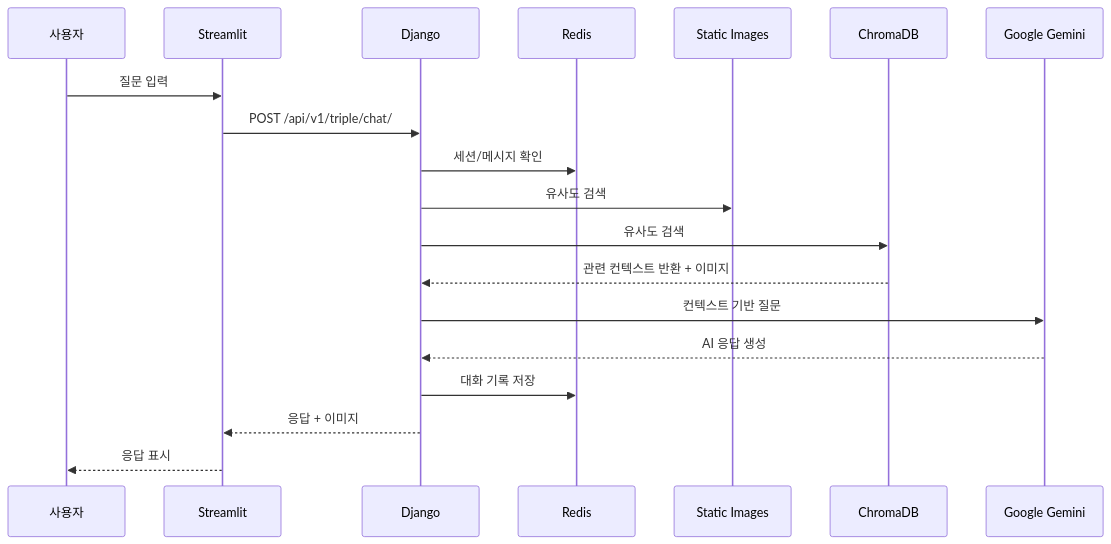
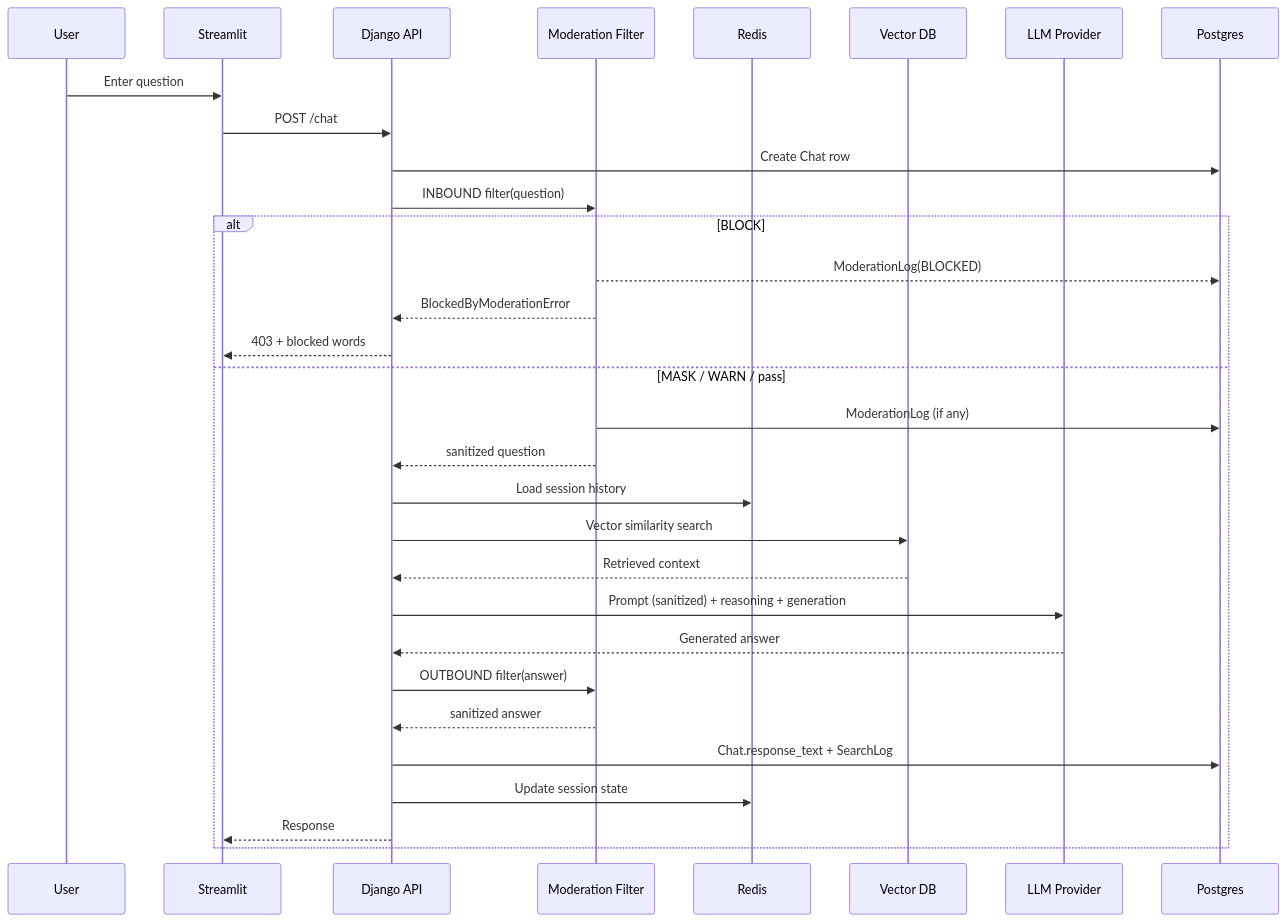
The second of 3 diagrams in Rag_Chat/ArchitectReadme.md (dea980/RAG_Chat), drawn with Mermaid before and after one commit. The commit also changed other lines of this file and 4 other files, not shown here.

````diff
--- a/Rag_Chat/ArchitectReadme.md
+++ b/Rag_Chat/ArchitectReadme.md
@@ -45,22 +49,34 @@
 ```mermaid
 sequenceDiagram
-    participant U as 사용자
+    participant U as User
     participant S as Streamlit
-    participant D as Django
+    participant D as Django API
+    participant Mod as Moderation Filter
     participant R as Redis
-    participant I as Static Images
-    participant C as ChromaDB
-    participant O as Google Gemini
+    participant V as Vector DB
+    participant L as LLM Provider
+    participant DB as Postgres
 
-    U->>S: 질문 입력
-    S->>D: POST /api/v1/triple/chat/
-    D->>R: 세션/메시지 확인
-    D->>I: 유사도 검색
-    D->>C: 유사도 검색
-    C-->>D: 관련 컨텍스트 반환 + 이미지
-    D->>O: 컨텍스트 기반 질문
-    O-->>D: AI 응답 생성
-    D->>R: 대화 기록 저장
-    D-->>S: 응답 + 이미지 
-    S-->>U: 응답 표시
+    U->>S: Enter question
+    S->>D: POST /chat
+    D->>DB: Create Chat row
+    D->>Mod: INBOUND filter(question)
+    alt BLOCK
+        Mod-->>DB: ModerationLog(BLOCKED)
+        Mod-->>D: BlockedByModerationError
+        D-->>S: 403 + blocked words
+    else MASK / WARN / pass
+        Mod->>DB: ModerationLog (if any)
+        Mod-->>D: sanitized question
+        D->>R: Load session history
+        D->>V: Vector similarity search
+        V-->>D: Retrieved context
+        D->>L: Prompt (sanitized) + reasoning + generation
+        L-->>D: Generated answer
+        D->>Mod: OUTBOUND filter(answer)
+        Mod-->>D: sanitized answer
+        D->>DB: Chat.response_text + SearchLog
+        D->>R: Update session state
+        D-->>S: Response
+    end
 ```
````
